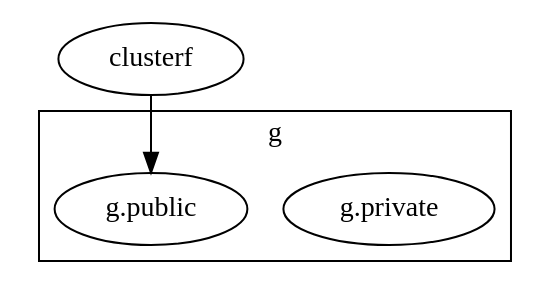
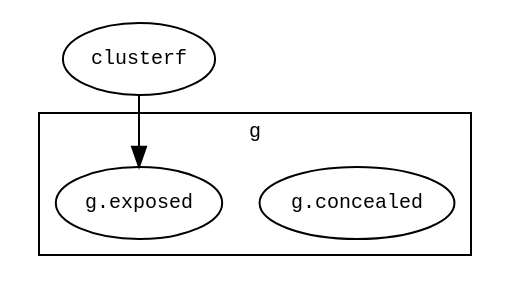
The diagram in doc/model/graph/software-object-abstract.dot (rflynn/assume), drawn with Graphviz before and after one commit. The commit also changed 19 other files, not shown here.

Commit message:
edited model. cleaned up inline graphics. added some c99-specific content. trying to figure out how, given a language grammar, we can generate valid snippets of source.

```diff
--- a/doc/model/graph/software-object-abstract.dot
+++ b/doc/model/graph/software-object-abstract.dot
@@ -1,12 +1,14 @@
 
 digraph G {
+  graph [fontname="Monospace",fontsize="10"]
+  node [fontname="Monospace",fontsize="10"]
   subgraph clusterf {
     label="f";
   }
   subgraph clusterg {
     label="g";
-    "g.private"
-    "g.public"
+    "g.concealed"
+    "g.exposed"
   }
-  clusterf -> "g.public"
+  clusterf -> "g.exposed"
 }
```
